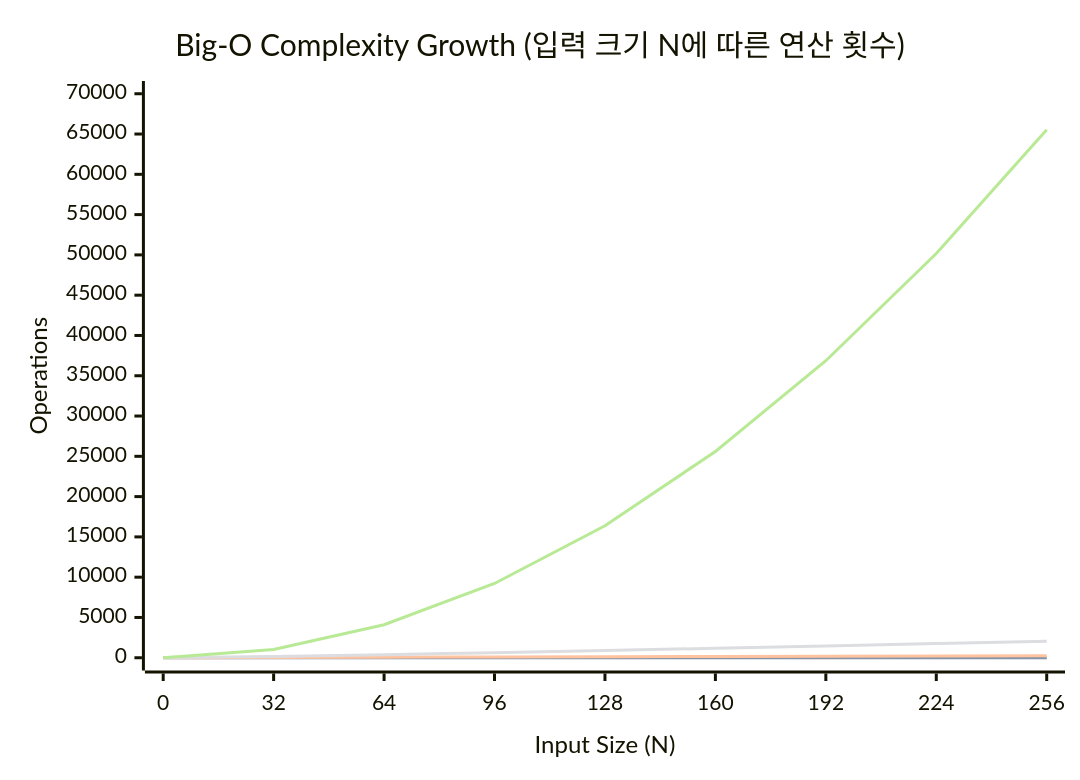
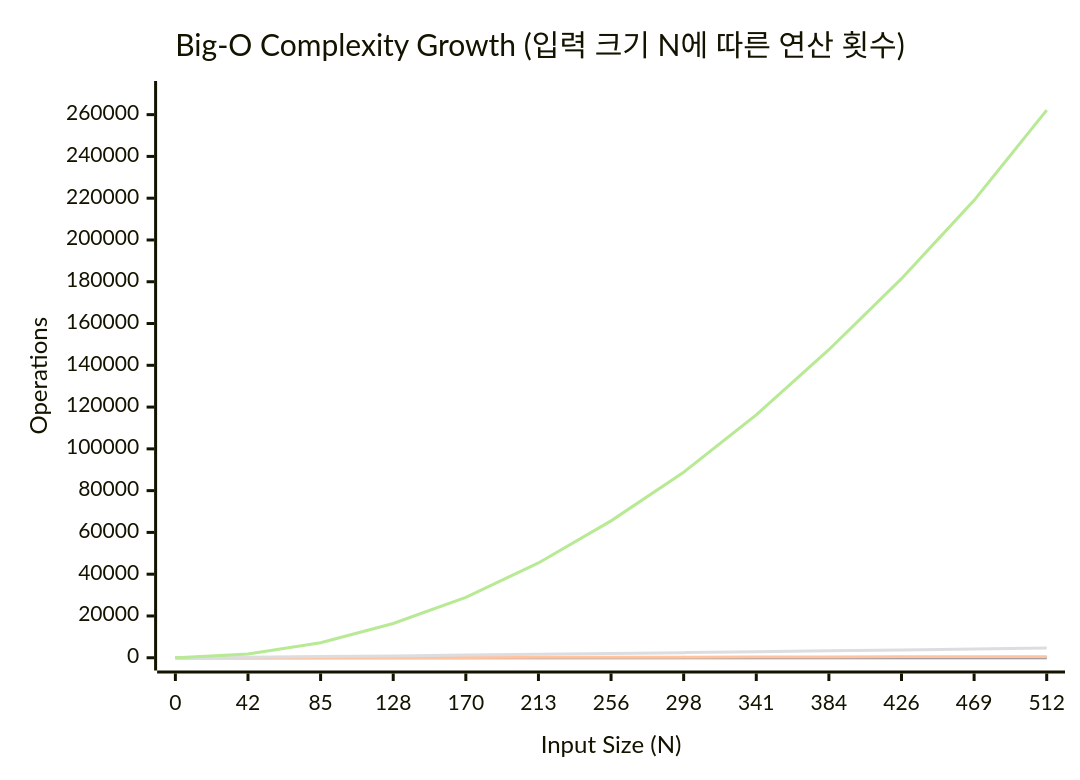
Before and after one commit to youngmin-gwon/what-i-studied: the sixth of 6 diagrams in 01_inbox/algorithm/algo-complexity-and-big-o.md, drawn with Mermaid. The commit also changed other lines of this file, not shown here.

````diff
--- a/01_inbox/algorithm/algo-complexity-and-big-o.md
+++ b/01_inbox/algorithm/algo-complexity-and-big-o.md
@@ -127,12 +127,12 @@
 ```mermaid
 %%{init: {'theme':'base', 'themeVariables': { 'xyChart': {'backgroundColor': 'transparent'}}}}%%
 xychart-beta
     title "Big-O Complexity Growth (입력 크기 N에 따른 연산 횟수)"
-    x-axis "Input Size (N)" [0, 32, 64, 96, 128, 160, 192, 224, 256]
-    y-axis "Operations" 0 --> 70000
-    line "O(1)" [1, 1, 1, 1, 1, 1, 1, 1, 1]
-    line "O(log n)" [0, 5, 6, 6.6, 7, 7.3, 7.6, 7.8, 8]
-    line "O(n)" [0, 32, 64, 96, 128, 160, 192, 224, 256]
-    line "O(n log n)" [0, 160, 384, 631, 896, 1173, 1459, 1754, 2048]
-    line "O(n²)" [0, 1024, 4096, 9216, 16384, 25600, 36864, 50176, 65536]
+    x-axis "Input Size (N)" [0, 42, 85, 128, 170, 213, 256, 298, 341, 384, 426, 469, 512]
+    y-axis "Operations" 0 --> 270000
+    line "O(1)" [1, 1, 1, 1, 1, 1, 1, 1, 1, 1, 1, 1, 1]
+    line "O(log n)" [0, 5.4, 6.4, 7, 7.4, 7.7, 8, 8.2, 8.4, 8.6, 8.7, 8.9, 9]
+    line "O(n)" [0, 42, 85, 128, 170, 213, 256, 298, 341, 384, 426, 469, 512]
+    line "O(n log n)" [0, 227, 546, 896, 1259, 1641, 2048, 2450, 2872, 3296, 3727, 4165, 4608]
+    line "O(n²)" [0, 1764, 7225, 16384, 28900, 45369, 65536, 88804, 116281, 147456, 181476, 218961, 262144]
 ```
````
